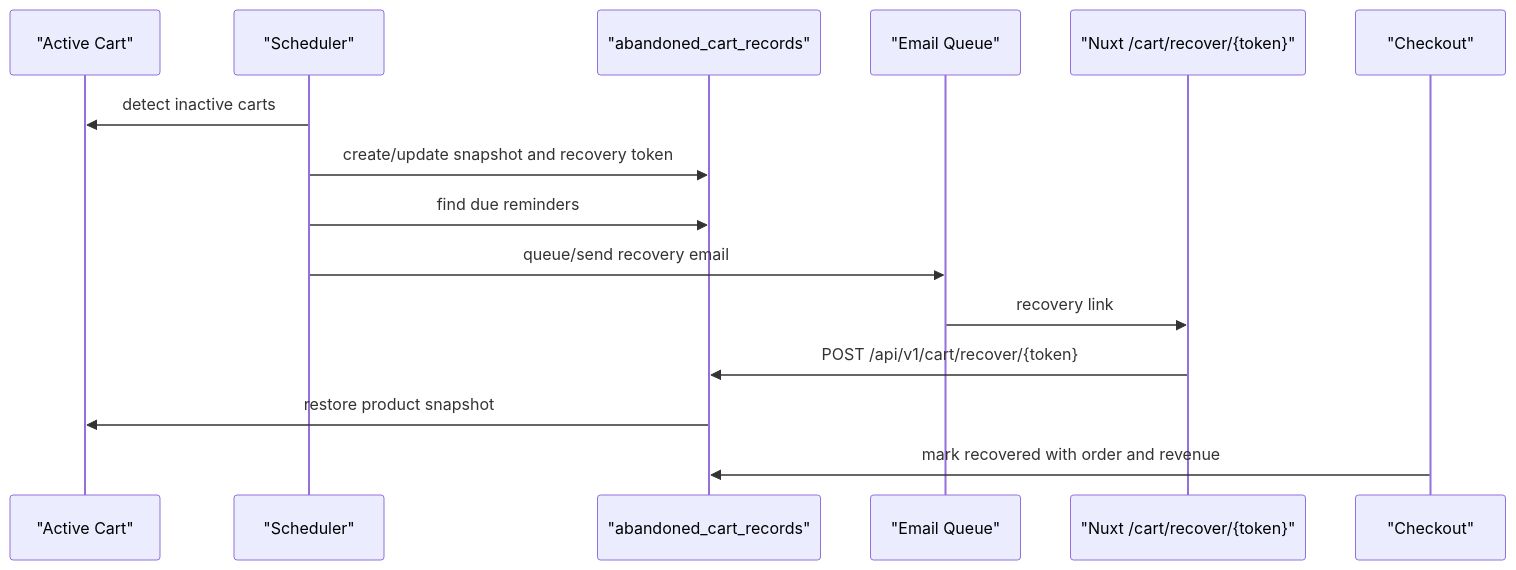
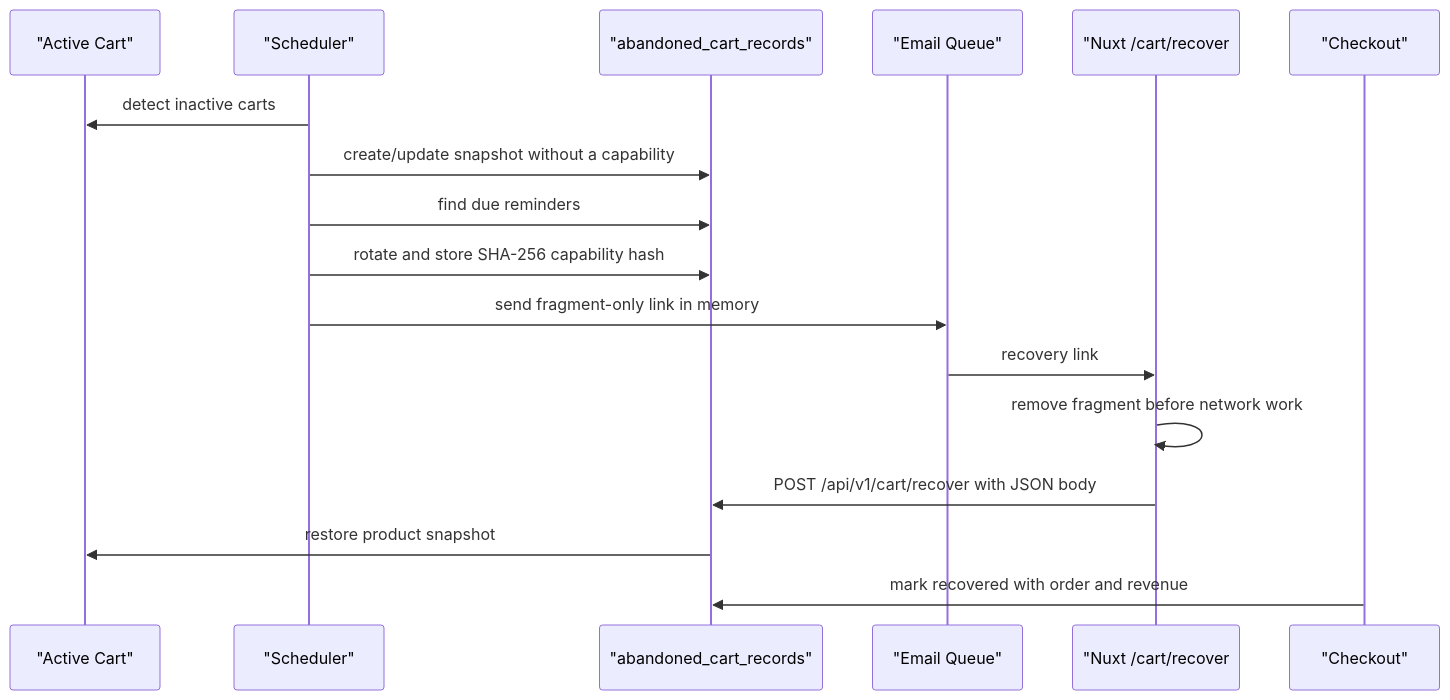
One commit to ivanpavlov-boop/mycomputer-v2 changed diagram 31 of 34 in docs/ARCHITECTURE.md. Above: the diagram before and after it, drawn with Mermaid. The commit also changed other lines of this file and 60 other files, not shown here.

Commit message:
Harden abandoned cart recovery capabilities

````diff
--- a/docs/ARCHITECTURE.md
+++ b/docs/ARCHITECTURE.md
@@ -1873,18 +1874,20 @@
 ```mermaid
 sequenceDiagram
     participant Cart as "Active Cart"
     participant Scheduler as "Scheduler"
     participant Record as "abandoned_cart_records"
     participant Email as "Email Queue"
-    participant Frontend as "Nuxt /cart/recover/{token}"
+    participant Frontend as "Nuxt /cart/recover#capability"
     participant Checkout as "Checkout"
 
     Scheduler->>Cart: detect inactive carts
-    Scheduler->>Record: create/update snapshot and recovery token
+    Scheduler->>Record: create/update snapshot without a capability
     Scheduler->>Record: find due reminders
-    Scheduler->>Email: queue/send recovery email
+    Scheduler->>Record: rotate and store SHA-256 capability hash
+    Scheduler->>Email: send fragment-only link in memory
     Email->>Frontend: recovery link
-    Frontend->>Record: POST /api/v1/cart/recover/{token}
+    Frontend->>Frontend: remove fragment before network work
+    Frontend->>Record: POST /api/v1/cart/recover with JSON body
     Record->>Cart: restore product snapshot
     Checkout->>Record: mark recovered with order and revenue
 ```
````
